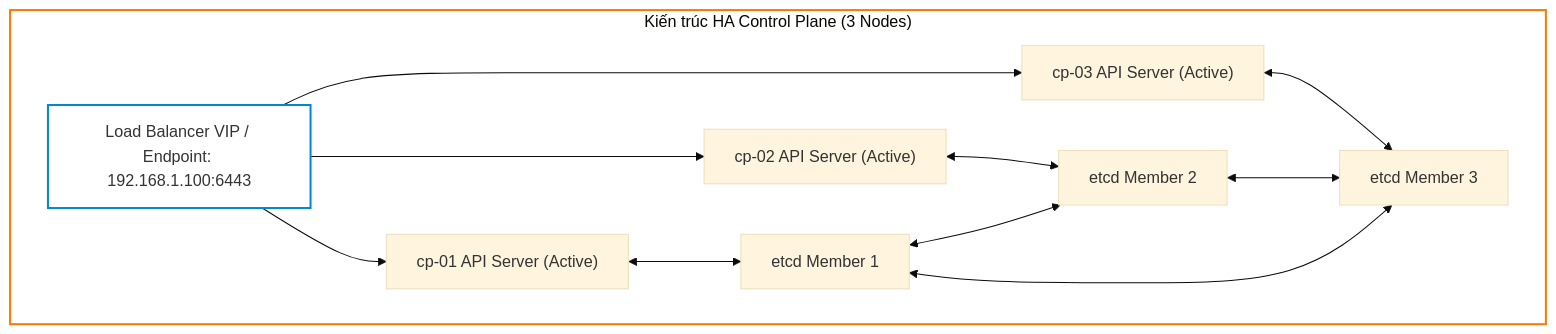
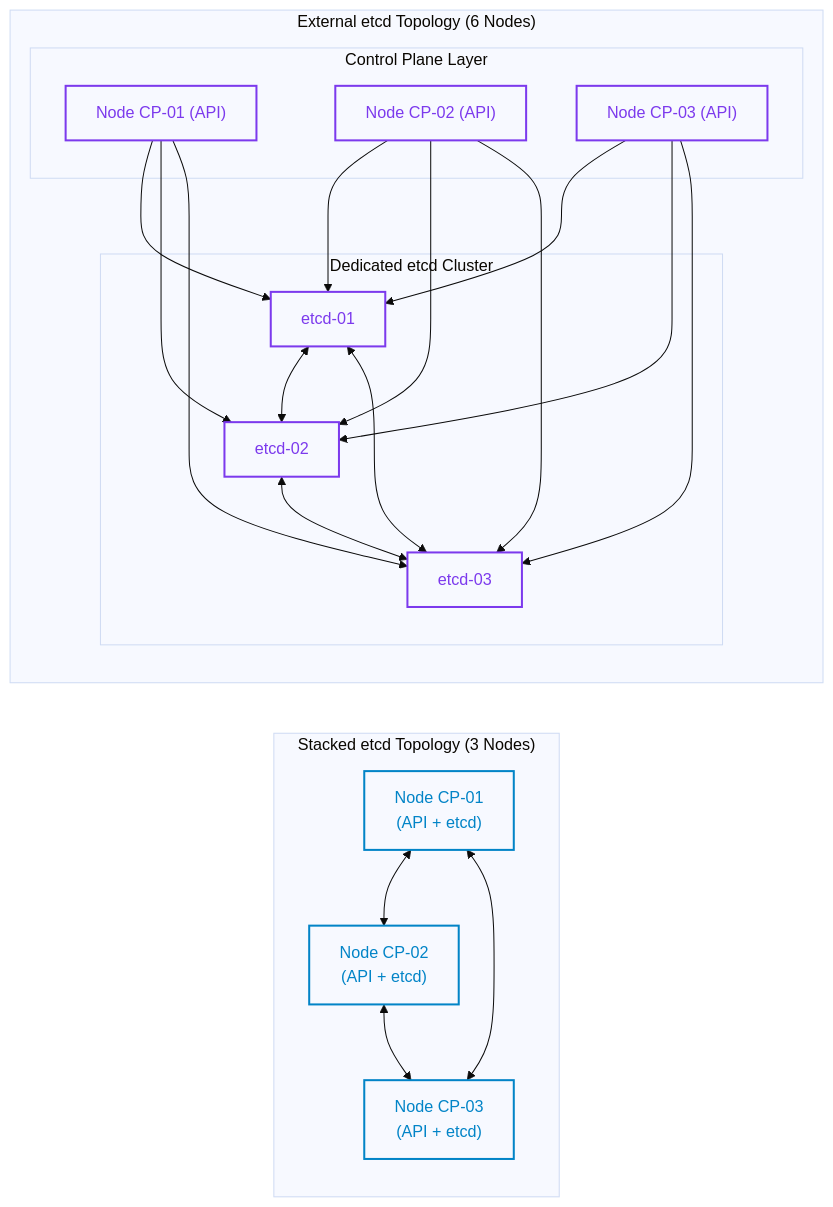
Before and after one commit to kiennt308/ntk: the second of 4 diagrams in _posts/2026-09-12-cka-12-12-ha-control-plane.md, drawn with Mermaid (base theme). The commit also changed other lines of this file and 39 other files, not shown here.

````diff
--- a/_posts/2026-09-12-cka-12-12-ha-control-plane.md
+++ b/_posts/2026-09-12-cka-12-12-ha-control-plane.md
@@ -478,19 +84,31 @@
 ```mermaid
-graph TD
-    subgraph HA_Control_Plane ["Kiến trúc HA Control Plane (3 Nodes)"]
-        VIP["Load Balancer VIP / Endpoint: 192.168.1.100:6443"] --> API1["cp-01 API Server (Active)"]
-        VIP --> API2["cp-02 API Server (Active)"]
-        VIP --> API3["cp-03 API Server (Active)"]
-        
-        API1 <--> ETCD1["etcd Member 1"]
-        API2 <--> ETCD2["etcd Member 2"]
-        API3 <--> ETCD3["etcd Member 3"]
-        
-        ETCD1 <--> ETCD2
-        ETCD2 <--> ETCD3
-        ETCD3 <--> ETCD1
+graph LR
+    subgraph Stacked ["Stacked etcd Topology (3 Nodes)"]
+        CP1["Node CP-01<br>(API + etcd)"]
+        CP2["Node CP-02<br>(API + etcd)"]
+        CP3["Node CP-03<br>(API + etcd)"]
+        CP1 <--> CP2 <--> CP3 <--> CP1
     end
 
-    style HA_Control_Plane fill:none,stroke:#f57c00,stroke-width:2px
-    style VIP fill:none,stroke:#0288d1,stroke-width:2px
+    subgraph External ["External etcd Topology (6 Nodes)"]
+        subgraph CP_Layer ["Control Plane Layer"]
+            A1["Node CP-01 (API)"]
+            A2["Node CP-02 (API)"]
+            A3["Node CP-03 (API)"]
+        end
+        subgraph ETCD_Layer ["Dedicated etcd Cluster"]
+            E1["etcd-01"]
+            E2["etcd-02"]
+            E3["etcd-03"]
+            E1 <--> E2 <--> E3 <--> E1
+        end
+        A1 --> E1 & E2 & E3
+        A2 --> E1 & E2 & E3
+        A3 --> E1 & E2 & E3
+    end
+
+    classDef stk fill:none,stroke:#0284c7,stroke-width:2px,color:#0284c7;
+    classDef ext fill:none,stroke:#7c3aed,stroke-width:2px,color:#7c3aed;
+    class CP1,CP2,CP3 stk;
+    class A1,A2,A3,E1,E2,E3 ext;
 ```
````
